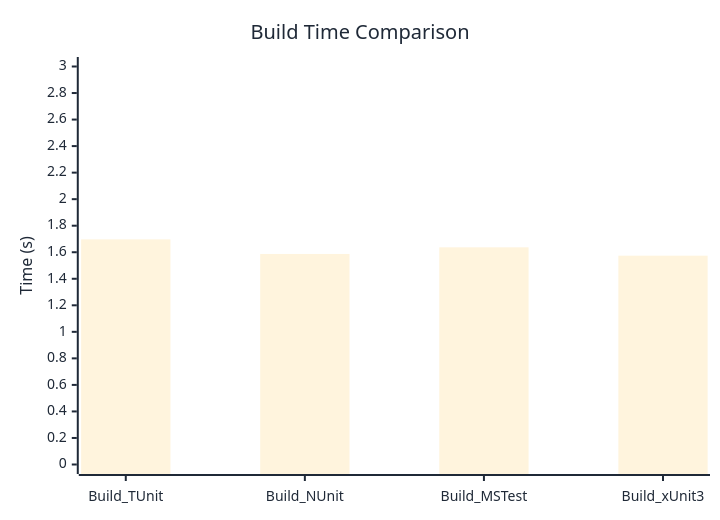
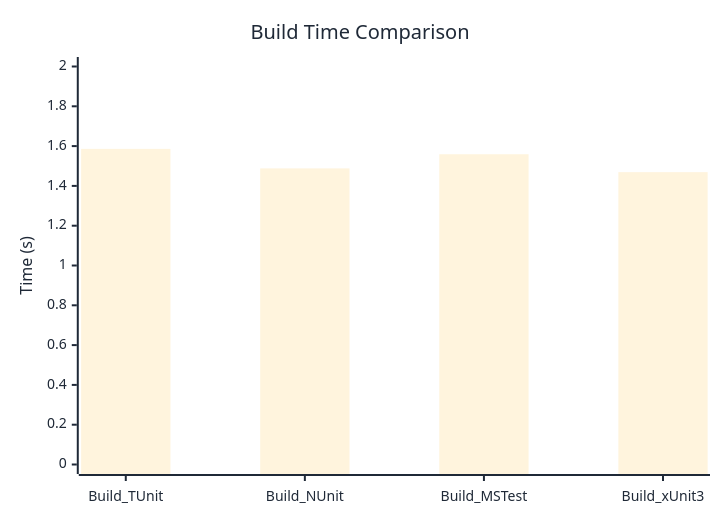
The diagram in docs/docs/benchmarks/BuildTime.md (thomhurst/TUnit), drawn with Mermaid before and after one commit. The commit also changed other lines of this file and 17 other files, not shown here.

````diff
--- a/docs/docs/benchmarks/BuildTime.md
+++ b/docs/docs/benchmarks/BuildTime.md
@@ -28,37 +28,37 @@
 ```mermaid
 %%{init: {
   'theme':'base',
   'themeVariables': {
     'primaryColor': '#2563eb',
     'primaryTextColor': '#1f2937',
     'primaryBorderColor': '#1e40af',
     'lineColor': '#6b7280',
     'secondaryColor': '#7c3aed',
     'tertiaryColor': '#dc2626',
     'background': '#ffffff',
     'mainBkg': '#2563eb',
     'secondBkg': '#7c3aed',
     'tertiaryBkg': '#dc2626',
     'clusterBkg': '#f3f4f6',
     'edgeLabelBackground': '#ffffff',
     'tertiaryTextColor': '#1f2937',
     'pie1': '#2563eb',
     'pie2': '#7c3aed',
     'pie3': '#dc2626',
     'pie4': '#f59e0b',
     'pie5': '#10b981',
     'pie6': '#06b6d4',
     'pie7': '#ec4899',
     'pie8': '#6366f1',
     'pie9': '#84cc16',
     'pie10': '#f97316',
     'pie11': '#14b8a6',
     'pie12': '#a855f7'
   }
 }}%%
 xychart-beta
   title "Build Time Comparison"
   x-axis ["Build_TUnit", "Build_NUnit", "Build_MSTest", "Build_xUnit3"]
-  y-axis "Time (s)" 0 --> 3
-  bar [1.697, 1.587, 1.637, 1.574]
+  y-axis "Time (s)" 0 --> 2
+  bar [1.586, 1.488, 1.559, 1.469]
 ```
````
